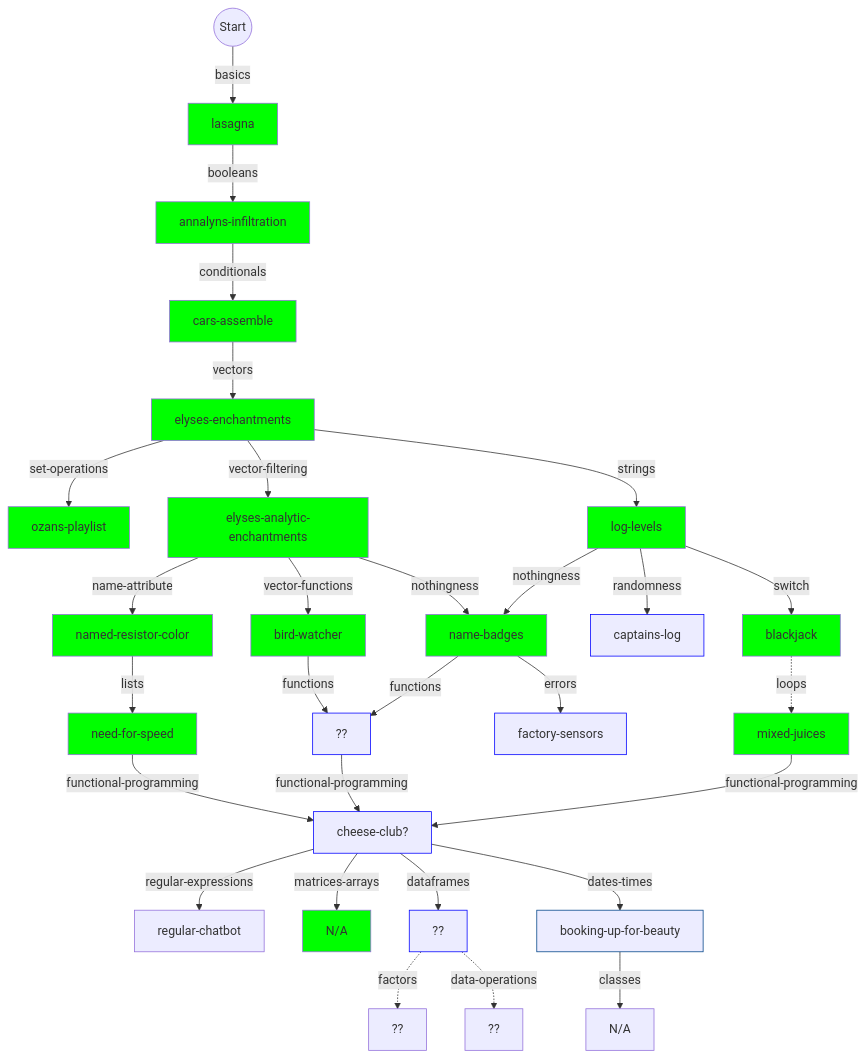
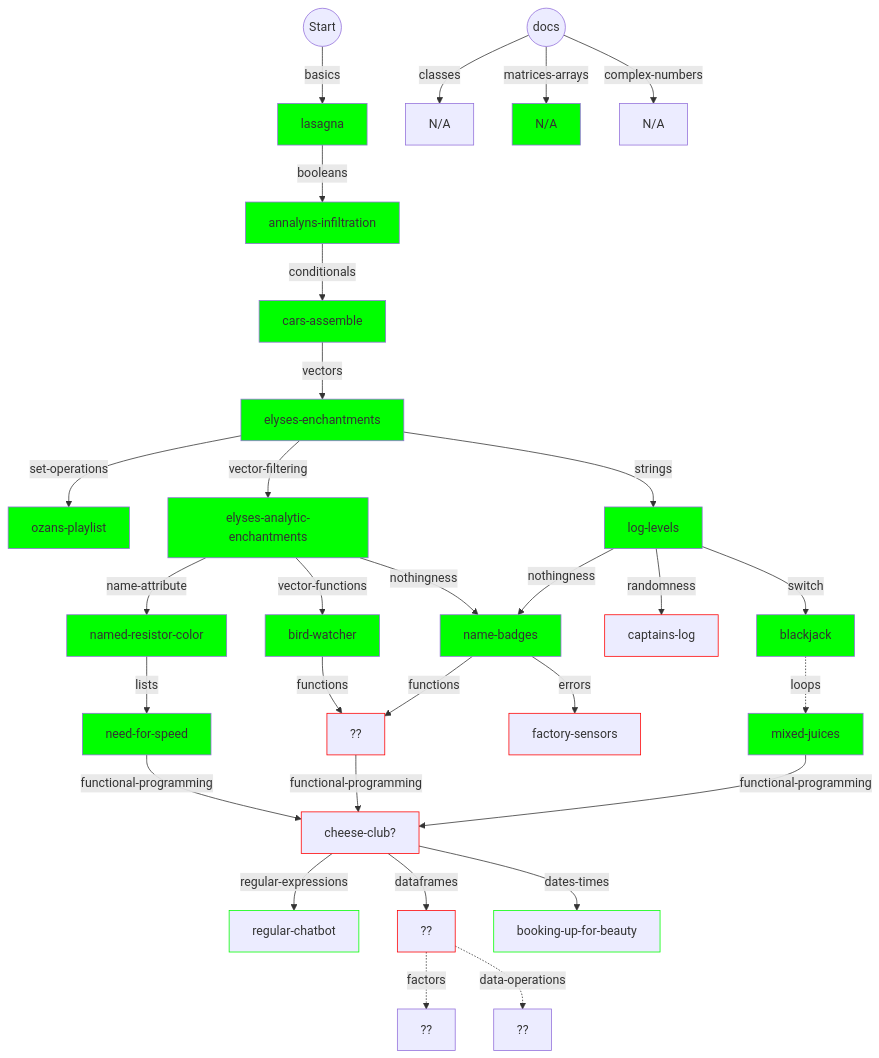
The first of 2 diagrams in r/flowchart.md (colinleach/learning-track-doodles), drawn with Mermaid before and after one commit. The commit also changed 12 other files, not shown here.

````diff
--- a/r/flowchart.md
+++ b/r/flowchart.md
@@ -10,77 +10,79 @@
 ```mermaid
 graph TD
     
 start(("Start")) --basics--> basics["lasagna"]
 style basics fill:#0f0
 
 basics --booleans--> booleans["annalyns-infiltration"]
 style booleans fill:#0f0
 
 booleans --conditionals--> conditionals["cars-assemble"]
 style conditionals fill:#0f0
 
 conditionals --vectors--> vectors["elyses-enchantments"]
 style vectors fill:#0f0
 
 switch -.loops.-> loops["mixed-juices"]
 style loops fill:#0f0
 
 vectors --set-operations--> set-operations["ozans-playlist"]
 style set-operations fill:#0f0
 
 name-attribute --lists--> lists["need-for-speed"]
 style lists fill:#0f0
 
 vectors --vector-filtering--> vector-filtering["elyses-analytic-enchantments"]
 style vector-filtering fill:#0f0
 
 vector-filtering --name-attribute--> name-attribute["named-resistor-color"]
 style name-attribute fill:#0f0
 
 vector-filtering --vector-functions--> vector-functions["bird-watcher"]
 style vector-functions fill:#0f0
 
 vectors --strings--> strings["log-levels"]
 style strings fill:#0f0
 
 vector-filtering --nothingness--> nothingness["name-badges"]
 strings --nothingness--> nothingness["name-badges"]
 style nothingness fill:#0f0
 
 strings --randomness--> randomness["captains-log"]
-style randomness stroke:#00f
+style randomness stroke:#f00
 
 functional-programming --regular-expressions--> regular-expressions["regular-chatbot"]
+style regular-expressions stroke:#0f0
 
 strings --switch--> switch["blackjack"]
 style switch fill:#0f0
 
-functional-programming --matrices-arrays--> matrices-arrays["N/A"]
-style matrices-arrays fill:#0f0
-
 lists --functional-programming--> functional-programming["cheese-club?"]
 functions --functional-programming--> functional-programming["cheese-club?"]
 loops --functional-programming--> functional-programming["cheese-club?"]
-style functional-programming stroke:#00f
+style functional-programming stroke:#f00
 
 functional-programming --dataframes--> dataframes["??"]
-style dataframes stroke:#00f
+style dataframes stroke:#f00
 
 dataframes -.factors.-> factors["??"]
 
 dataframes -.data-operations.-> data-operations["??"]
 
 functional-programming --dates-times--> dates-times["booking-up-for-beauty"]
-style dates-times stroke:#00f
+style dates-times stroke:#0f0
 
 vector-functions --functions--> functions["??"]
 nothingness --functions--> functions["??"]
-style functions stroke:#00f
+style functions stroke:#f00
 
 nothingness --errors--> errors["factory-sensors "]
-style errors stroke:#00f
+style errors stroke:#f00
 
-dates-times --classes--> classes["N/A"]
-style dates-times stroke:#048
+unattached(("docs")) --classes--> classes["N/A"]
+
+unattached --matrices-arrays--> matrices-arrays["N/A"]
+style matrices-arrays fill:#0f0
+
+unattached --complex-numbers--> complex-numbers["N/A"]
 
 ```
````
